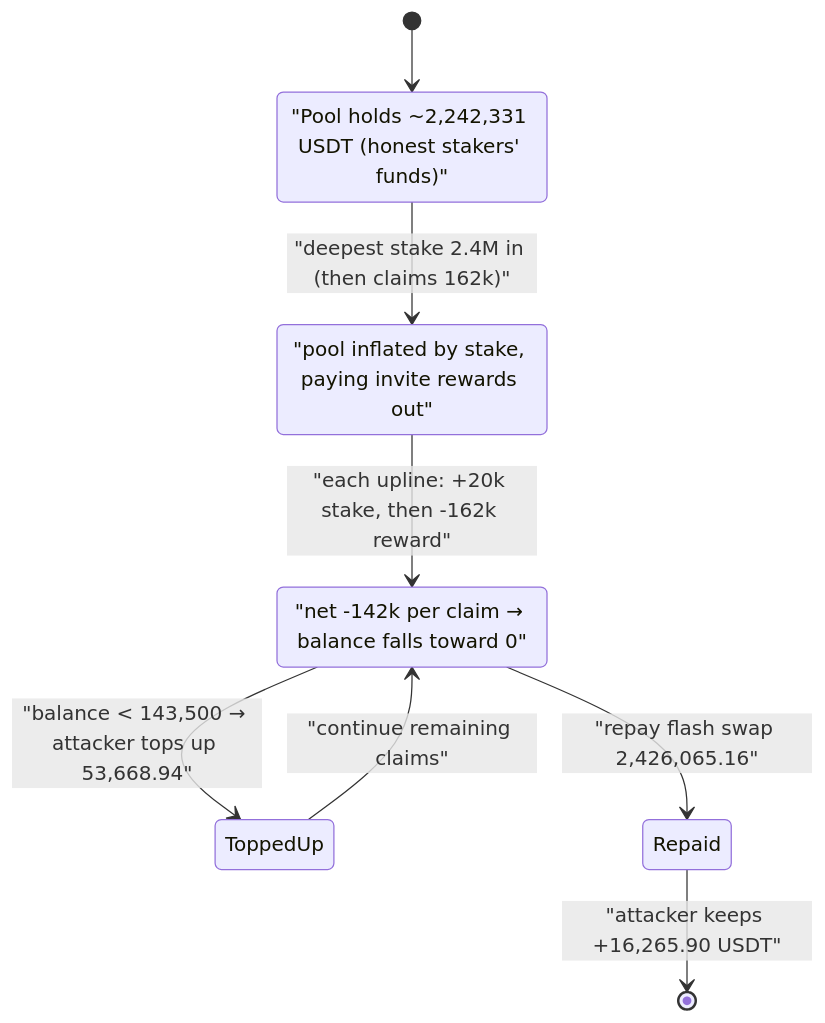
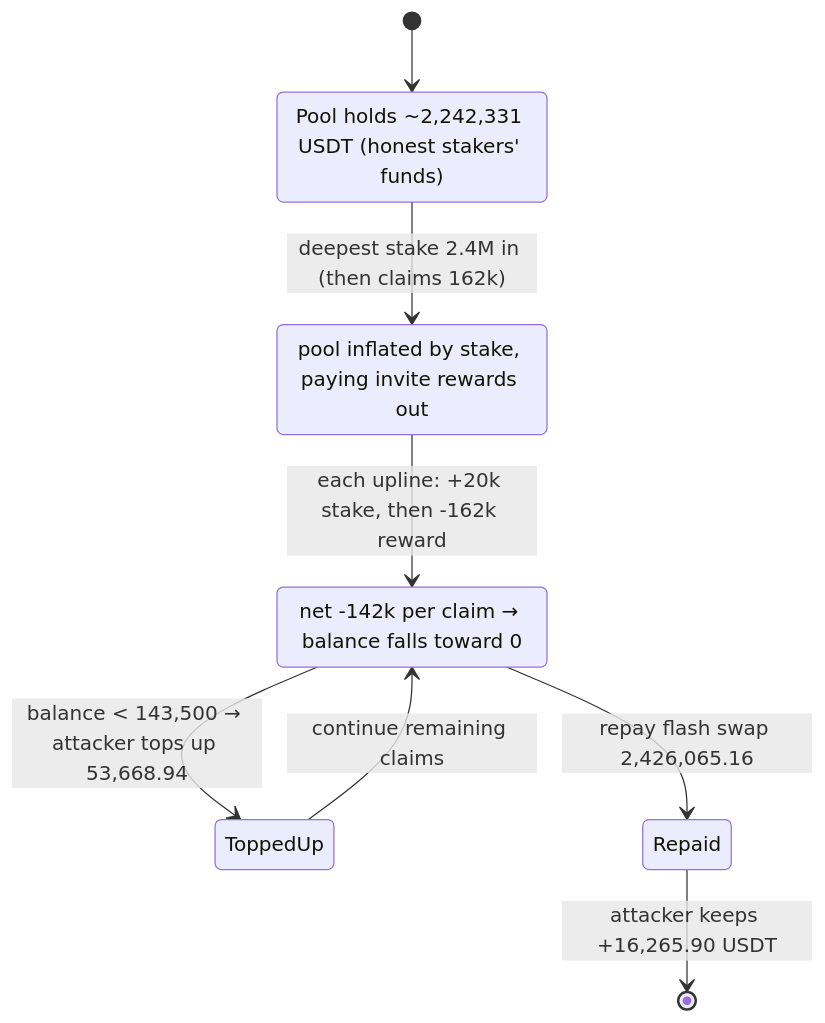
One commit to sanbir/evm-hack-registry changed the third of 3 diagrams in 2022-11-UEarnPool_exp/UEarnPool_exp.md. Above: the diagram before and after it, drawn with Mermaid. The commit also changed other lines of this file and 280 other files, not shown here.

Commit message:
mermaid fixes

````diff
--- a/2022-11-UEarnPool_exp/UEarnPool_exp.md
+++ b/2022-11-UEarnPool_exp/UEarnPool_exp.md
@@ -338,13 +338,13 @@
 ```mermaid
 stateDiagram-v2
     [*] --> Funded
-    Funded: "Pool holds ~2,242,331 USDT (honest stakers' funds)"
-    Funded --> Seeded: "deepest stake 2.4M in (then claims 162k)"
-    Seeded: "pool inflated by stake, paying invite rewards out"
-    Seeded --> Draining: "each upline: +20k stake, then -162k reward"
-    Draining: "net -142k per claim → balance falls toward 0"
-    Draining --> ToppedUp: "balance < 143,500 → attacker tops up 53,668.94"
-    ToppedUp --> Draining: "continue remaining claims"
-    Draining --> Repaid: "repay flash swap 2,426,065.16"
-    Repaid --> [*]: "attacker keeps +16,265.90 USDT"
+    Funded: Pool holds ~2,242,331 USDT (honest stakers' funds)
+    Funded --> Seeded: deepest stake 2.4M in (then claims 162k)
+    Seeded: pool inflated by stake, paying invite rewards out
+    Seeded --> Draining: each upline#58; +20k stake, then -162k reward
+    Draining: net -142k per claim → balance falls toward 0
+    Draining --> ToppedUp: balance < 143,500 → attacker tops up 53,668.94
+    ToppedUp --> Draining: continue remaining claims
+    Draining --> Repaid: repay flash swap 2,426,065.16
+    Repaid --> [*]: attacker keeps +16,265.90 USDT
 ```
````
